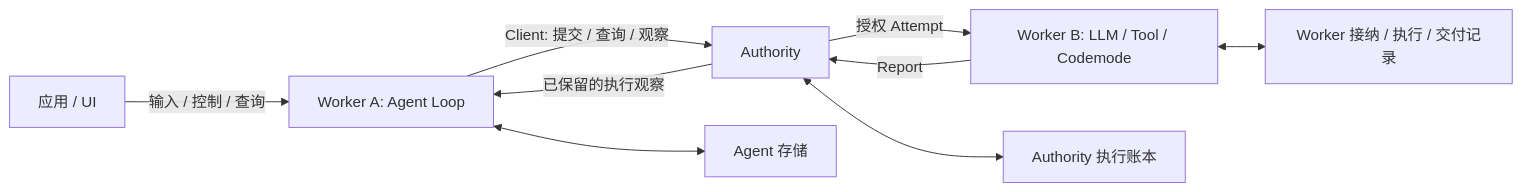
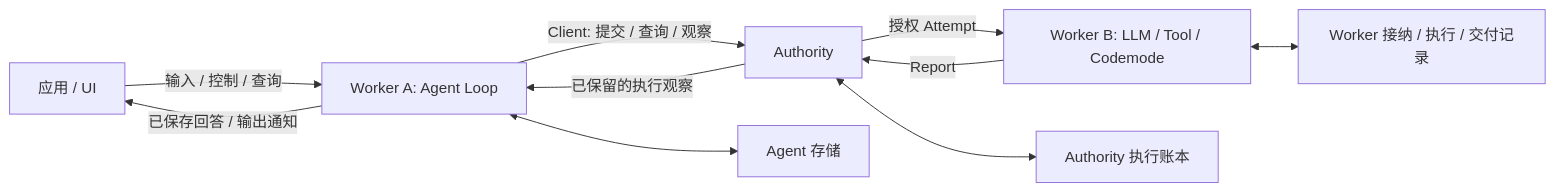
The diagram in spec/design/README.md (Everfold/Beamlet), drawn with Mermaid before and after one commit. The commit also changed other lines of this file and 7 other files, not shown here.

````diff
--- a/spec/design/README.md
+++ b/spec/design/README.md
@@ -82,11 +93,12 @@
 ```mermaid
 flowchart LR
     UI["应用 / UI"] -->|"输入 / 控制 / 查询"| AG["Worker A: Agent Loop"]
+    AG -->|"已保存回答 / 输出通知"| UI
     AG -->|"Client: 提交 / 查询 / 观察"| AU["Authority"]
     AU -->|"授权 Attempt"| W["Worker B: LLM / Tool / Codemode"]
     W -->|"Report"| AU
     AU -->|"已保留的执行观察"| AG
     AG <--> AS["Agent 存储"]
     AU <--> ES["Authority 执行账本"]
     W <--> WS["Worker 接纳 / 执行 / 交付记录"]
 ```
````
